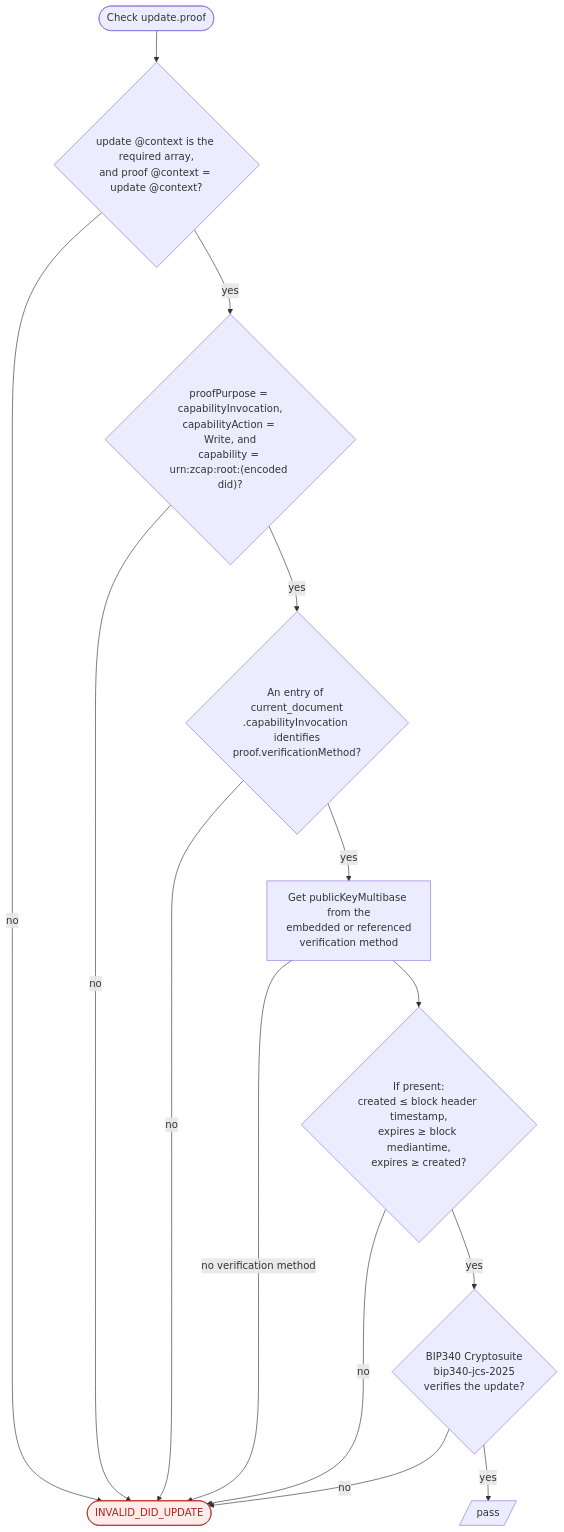
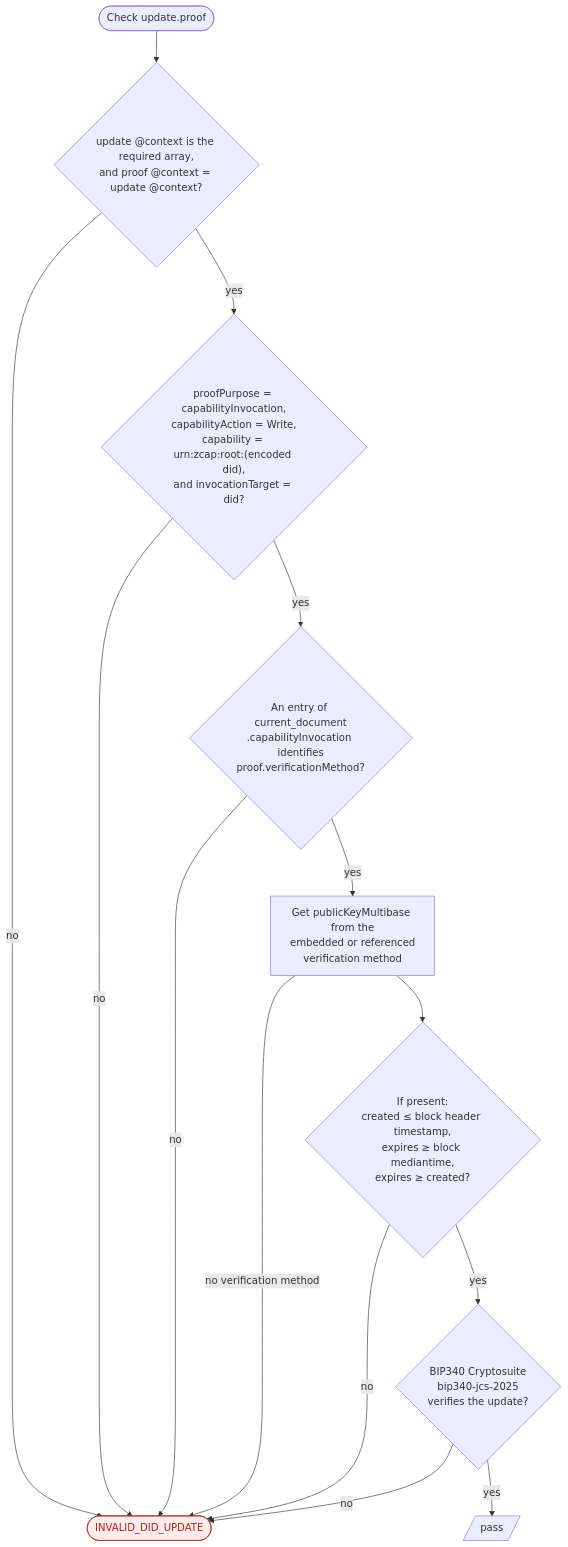
The tenth of 10 diagrams in src/content/docs/diagrams/resolve.md (dcdpr/website-btcr2-dev), drawn with Mermaid before and after one commit. The commit also changed other lines of this file and 4 other files, not shown here.

First line of the commit message:
docs(diagrams): follow the spec changes to update and resolve

````diff
--- a/src/content/docs/diagrams/resolve.md
+++ b/src/content/docs/diagrams/resolve.md
@@ -252,18 +252,18 @@
 ```mermaid
 flowchart TD
   classDef error fill:#fdecea,stroke:#b3261e,color:#b3261e
 
   Start(["Check update.proof"]) --> Ctx{"update @context is the required array,<br/>and proof @context = update @context?"}
   Ctx -->|"no"| Err(["INVALID_DID_UPDATE"]):::error
-  Ctx -->|"yes"| Purpose{"proofPurpose = capabilityInvocation,<br/>capabilityAction = Write, and<br/>capability = urn:zcap:root:(encoded did)?"}
+  Ctx -->|"yes"| Purpose{"proofPurpose = capabilityInvocation,<br/>capabilityAction = Write,<br/>capability = urn:zcap:root:(encoded did),<br/>and invocationTarget = did?"}
   Purpose -->|"no"| Err
   Purpose -->|"yes"| VM{"An entry of current_document<br/>.capabilityInvocation identifies<br/>proof.verificationMethod?"}
   VM -->|"no"| Err
   VM -->|"yes"| Key["Get publicKeyMultibase from the<br/>embedded or referenced<br/>verification method"]
   Key -->|"no verification method"| Err
   Key --> Time{"If present:<br/>created ≤ block header timestamp,<br/>expires ≥ block mediantime,<br/>expires ≥ created?"}
   Time -->|"no"| Err
   Time -->|"yes"| Verify{"BIP340 Cryptosuite<br/>bip340-jcs-2025<br/>verifies the update?"}
   Verify -->|"no"| Err
   Verify -->|"yes"| Pass[/"pass"/]
 ```
````
